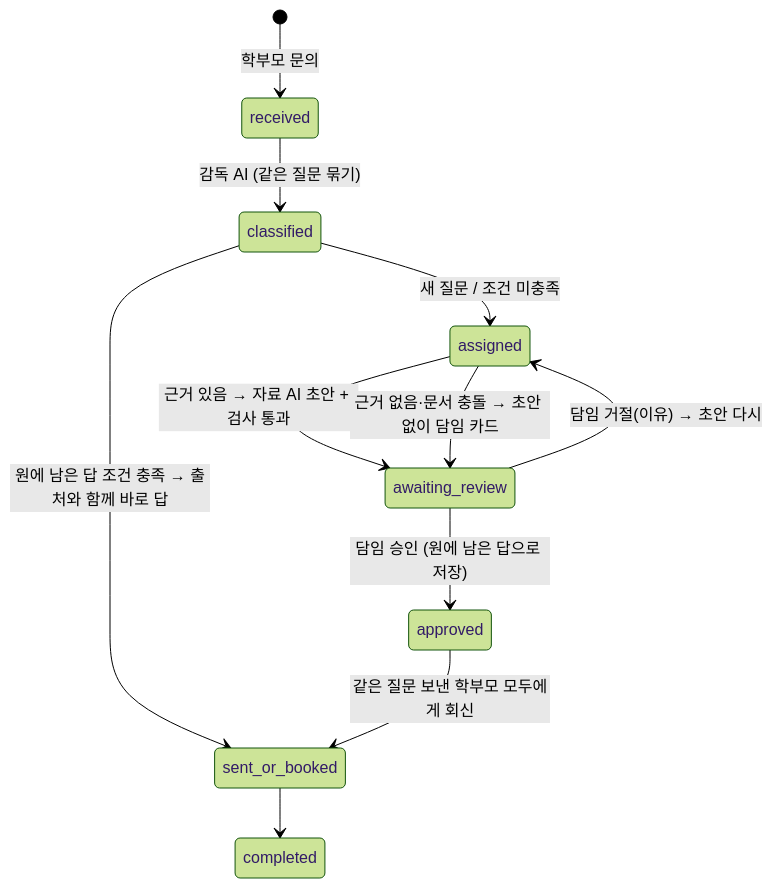
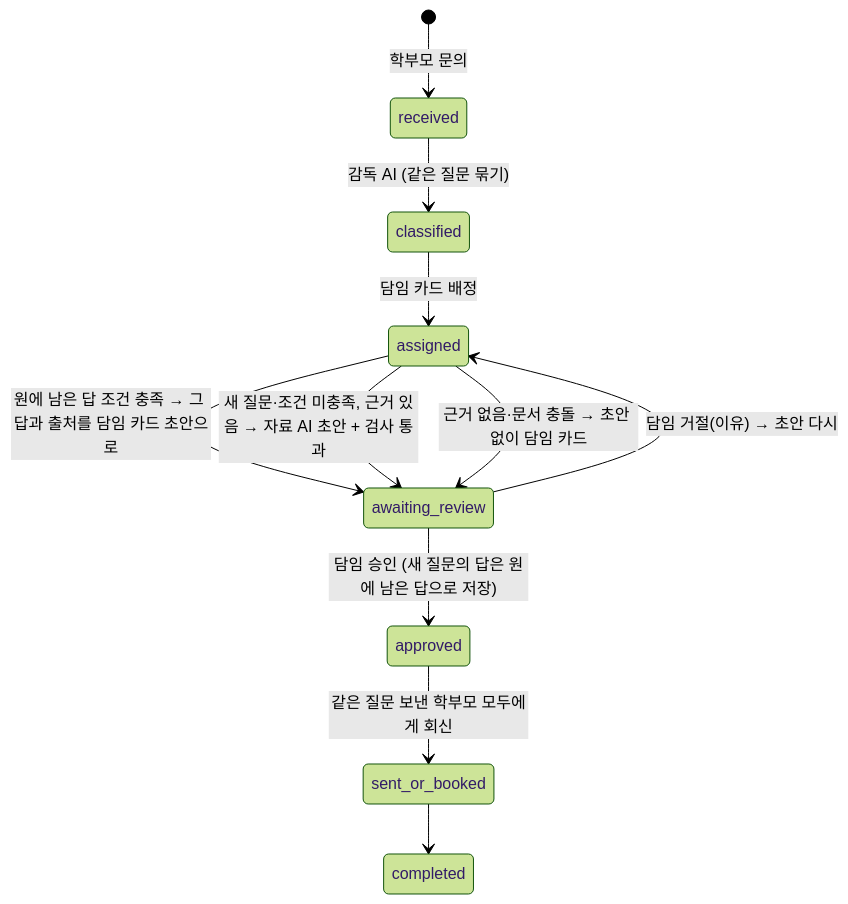
One commit to aio-final-2team/FinalProject_2Team changed the fourth of 5 diagrams in Docs/Step2/유치온_T04_흐름권한명세.md. Above: the diagram before and after it, drawn with Mermaid (forest theme). The commit also changed other lines of this file and 1 other file, not shown here.

Commit message:
docs(step2): 원에 남은 답을 담임 승인 뒤 발송으로 맞춤
T04 합의 7(용어표·5.1 상태도·5.2 규칙·10장 합의표)과 입출력 계약표
find_saved_answer 설명에서 "바로 답"을 걷어내고, 원에 남은 답은 담임
카드의 답변 초안으로만 쓰고 담임 승인 뒤에 보낸다로 고침.
기획서·T14 3.1·#298 API·DB 설계 문서와 맞춤(#295 리뷰).

````diff
--- a/Docs/Step2/유치온_T04_흐름권한명세.md
+++ b/Docs/Step2/유치온_T04_흐름권한명세.md
@@ -202,13 +202,13 @@
 ```mermaid
 stateDiagram-v2
     [*] --> received: 학부모 문의
     received --> classified: 감독 AI (같은 질문 묶기)
-    classified --> sent_or_booked: 원에 남은 답 조건 충족 → 출처와 함께 바로 답
-    classified --> assigned: 새 질문 / 조건 미충족
-    assigned --> awaiting_review: 근거 있음 → 자료 AI 초안 + 검사 통과
+    classified --> assigned: 담임 카드 배정
+    assigned --> awaiting_review: 원에 남은 답 조건 충족 → 그 답과 출처를 담임 카드 초안으로
+    assigned --> awaiting_review: 새 질문·조건 미충족, 근거 있음 → 자료 AI 초안 + 검사 통과
     assigned --> awaiting_review: 근거 없음·문서 충돌 → 초안 없이 담임 카드
-    awaiting_review --> approved: 담임 승인 (원에 남은 답으로 저장)
+    awaiting_review --> approved: 담임 승인 (새 질문의 답은 원에 남은 답으로 저장)
     awaiting_review --> assigned: 담임 거절(이유) → 초안 다시
     approved --> sent_or_booked: 같은 질문 보낸 학부모 모두에게 회신
     sent_or_booked --> completed
 ```
````
